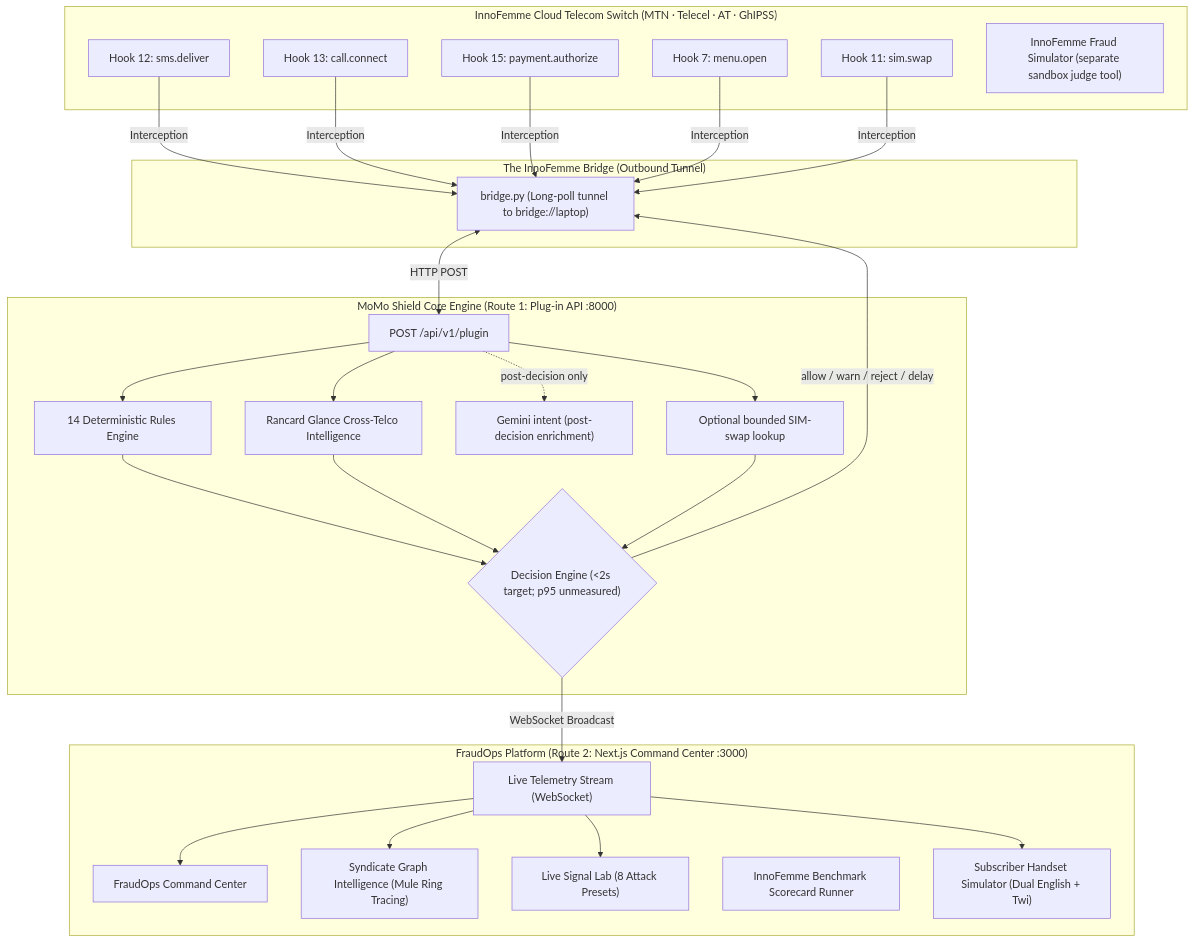
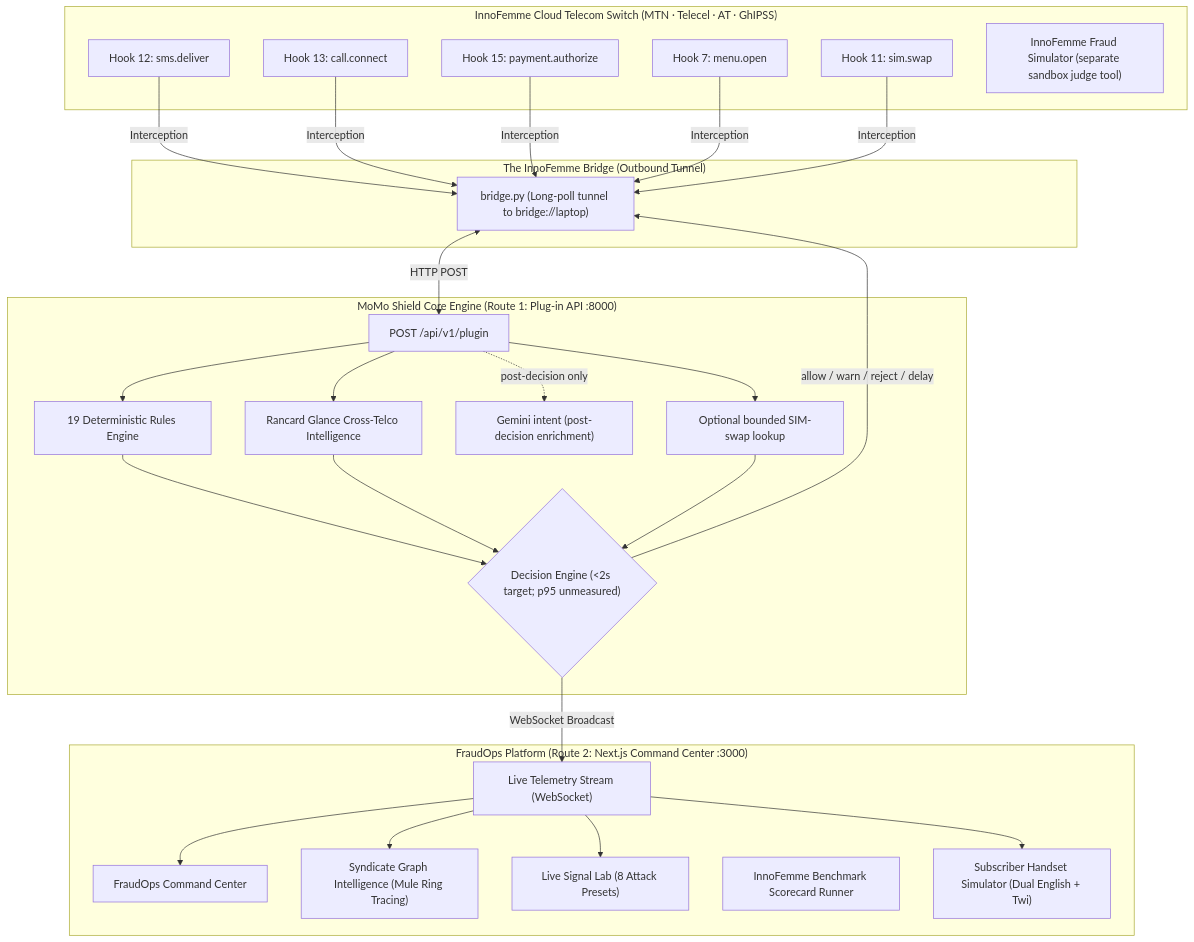
The diagram in MoMo-Shield-2/README.md (Damiennsoh/MoMo-Shield), drawn with Mermaid before and after one commit. The commit also changed other lines of this file and 1 other file, not shown here.

````diff
--- a/MoMo-Shield-2/README.md
+++ b/MoMo-Shield-2/README.md
@@ -30,48 +30,48 @@
 ```mermaid
 flowchart TD
     subgraph InnoFemmeSandbox["InnoFemme Cloud Telecom Switch (MTN · Telecel · AT · GhIPSS)"]
         SMSHook["Hook 12: sms.deliver"]
         CallHook["Hook 13: call.connect"]
         PaymentHook["Hook 15: payment.authorize"]
         MenuHook["Hook 7: menu.open"]
         SimHook["Hook 11: sim.swap"]
         FraudSim["InnoFemme Fraud Simulator (separate sandbox judge tool)"]
     end
 
     subgraph BridgeTunnel["The InnoFemme Bridge (Outbound Tunnel)"]
         Bridge["bridge.py (Long-poll tunnel to bridge://laptop)"]
     end
 
     subgraph MoMoShieldCore["MoMo Shield Core Engine (Route 1: Plug-in API :8000)"]
         PluginRouter["POST /api/v1/plugin"]
-        RulesEngine["14 Deterministic Rules Engine"]
+        RulesEngine["19 Deterministic Rules Engine"]
         GlanceAPI["Rancard Glance Cross-Telco Intelligence"]
         GeminiLLM["Gemini intent (post-decision enrichment)"]
         SIMCheck["Optional bounded SIM-swap lookup"]
         DecisionEngine{"Decision Engine (<2s target; p95 unmeasured)"}
     end
 
     subgraph MoMoShieldOps["FraudOps Platform (Route 2: Next.js Command Center :3000)"]
         WebSocketFeed["Live Telemetry Stream (WebSocket)"]
         CommandCenter["FraudOps Command Center"]
         SyndicateGraph["Syndicate Graph Intelligence (Mule Ring Tracing)"]
         SignalLab["Live Signal Lab (8 Attack Presets)"]
         ScorecardModal["InnoFemme Benchmark Scorecard Runner"]
         HandsetSim["Subscriber Handset Simulator (Dual English + Twi)"]
     end
 
     SMSHook -->|Interception| Bridge
     CallHook -->|Interception| Bridge
     PaymentHook -->|Interception| Bridge
     MenuHook -->|Interception| Bridge
     SimHook -->|Interception| Bridge
 
     Bridge <-->|HTTP POST| PluginRouter
     PluginRouter --> RulesEngine & GlanceAPI & SIMCheck
     RulesEngine & GlanceAPI & SIMCheck --> DecisionEngine
     PluginRouter -. post-decision only .-> GeminiLLM
 
     DecisionEngine -->|allow / warn / reject / delay| Bridge
     DecisionEngine -->|WebSocket Broadcast| WebSocketFeed
     WebSocketFeed --> CommandCenter & SyndicateGraph & SignalLab & HandsetSim
 ```
````
